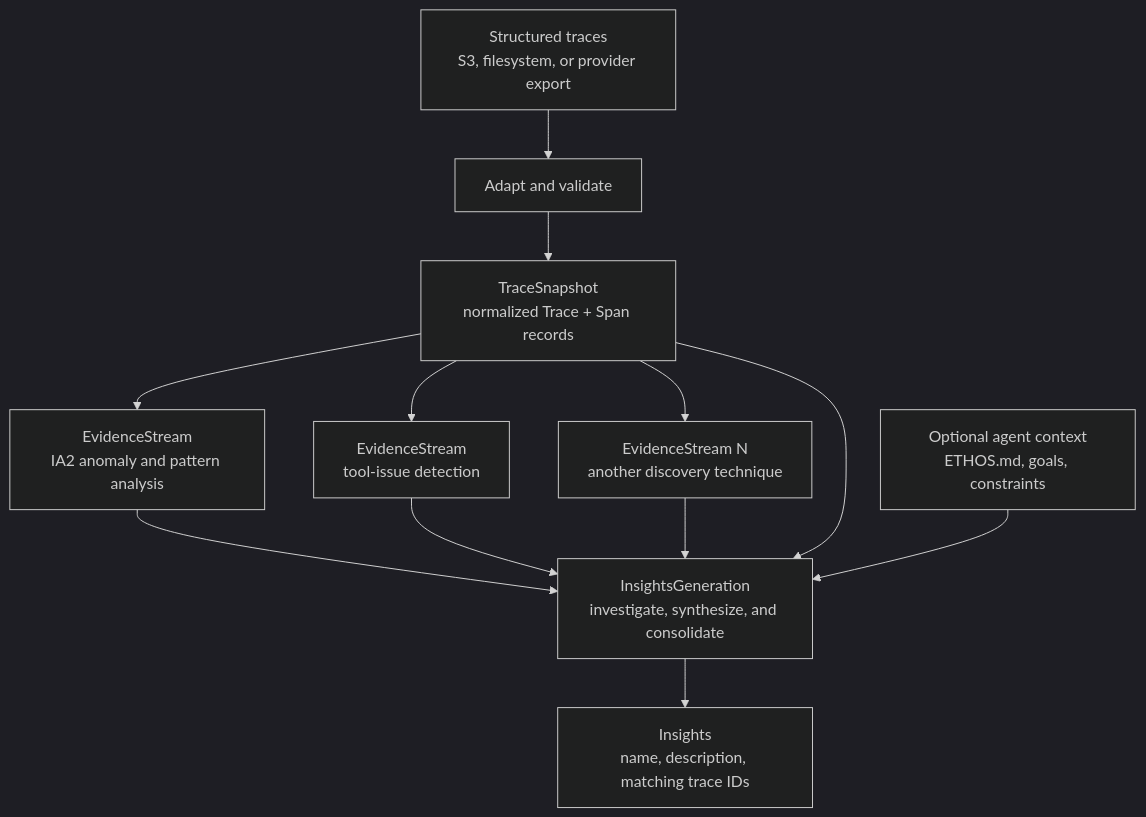
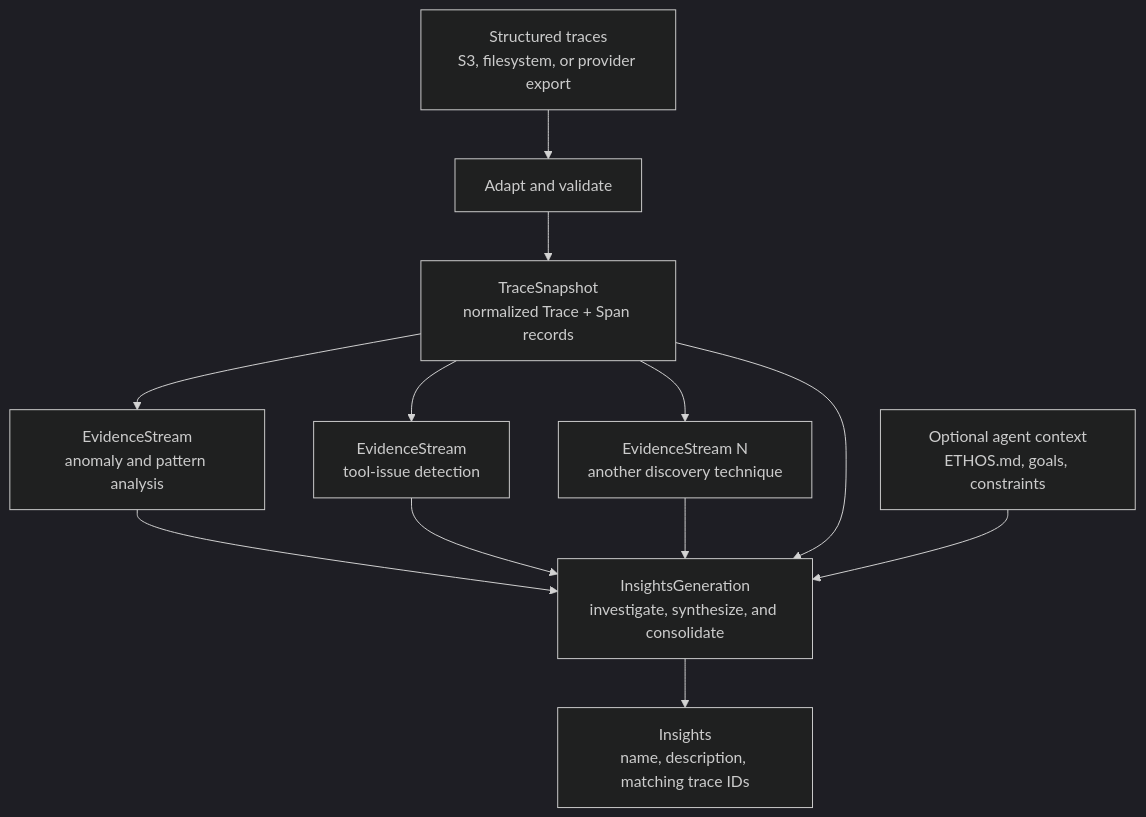
The first of 4 diagrams in docs/pipeline-architecture.md (NVIDIA-NeMo/labs-trace-intel), drawn with Mermaid (dark theme) before and after one commit. The commit also changed other lines of this file and 29 other files, not shown here.

````diff
--- a/docs/pipeline-architecture.md
+++ b/docs/pipeline-architecture.md
@@ -10,22 +10,22 @@
 ```mermaid
 flowchart TB
     source["Structured traces<br/>S3, filesystem, or provider export"]
     normalize["Adapt and validate"]
     snapshot["TraceSnapshot<br/>normalized Trace + Span records"]
 
-    stream1["EvidenceStream<br/>IA2 anomaly and pattern analysis"]
+    stream1["EvidenceStream<br/>anomaly and pattern analysis"]
     stream2["EvidenceStream<br/>tool-issue detection"]
     streamN["EvidenceStream N<br/>another discovery technique"]
 
     context["Optional agent context<br/>ETHOS.md, goals, constraints"]
     generation["InsightsGeneration<br/>investigate, synthesize, and consolidate"]
     insights["Insights<br/>name, description, matching trace IDs"]
 
     source --> normalize --> snapshot
     snapshot --> stream1 --> generation
     snapshot --> stream2 --> generation
     snapshot --> streamN --> generation
     snapshot --> generation
     context --> generation
     generation --> insights
 ```
````
